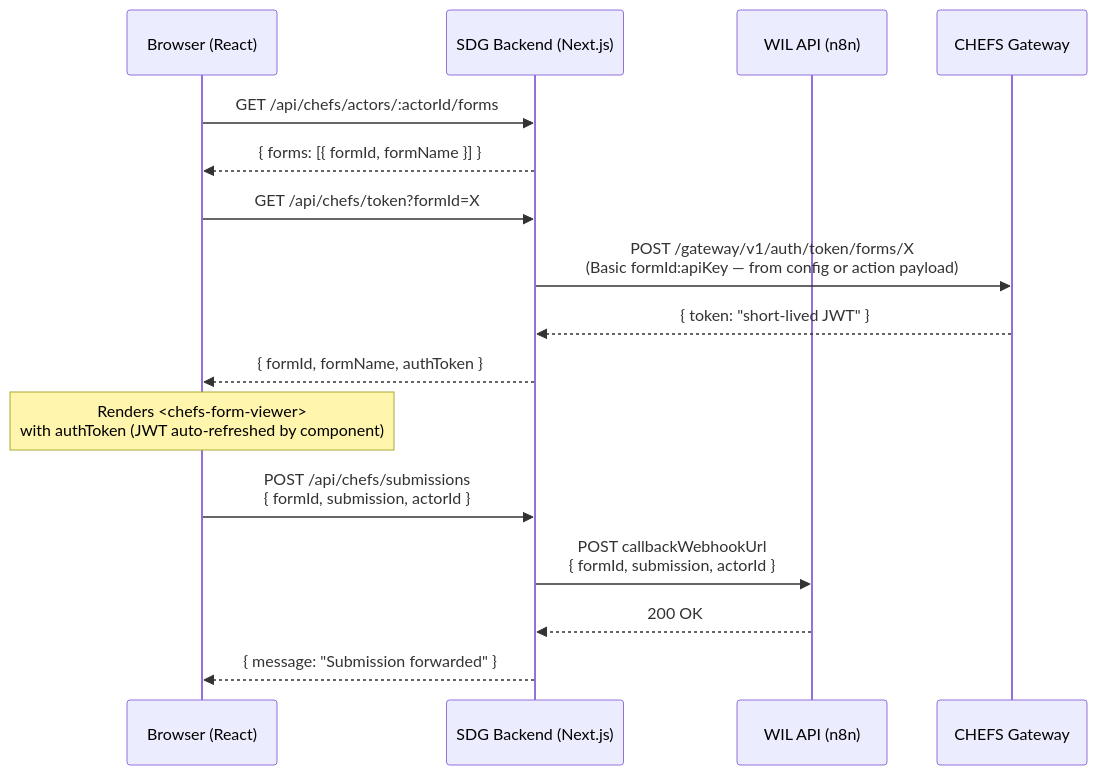
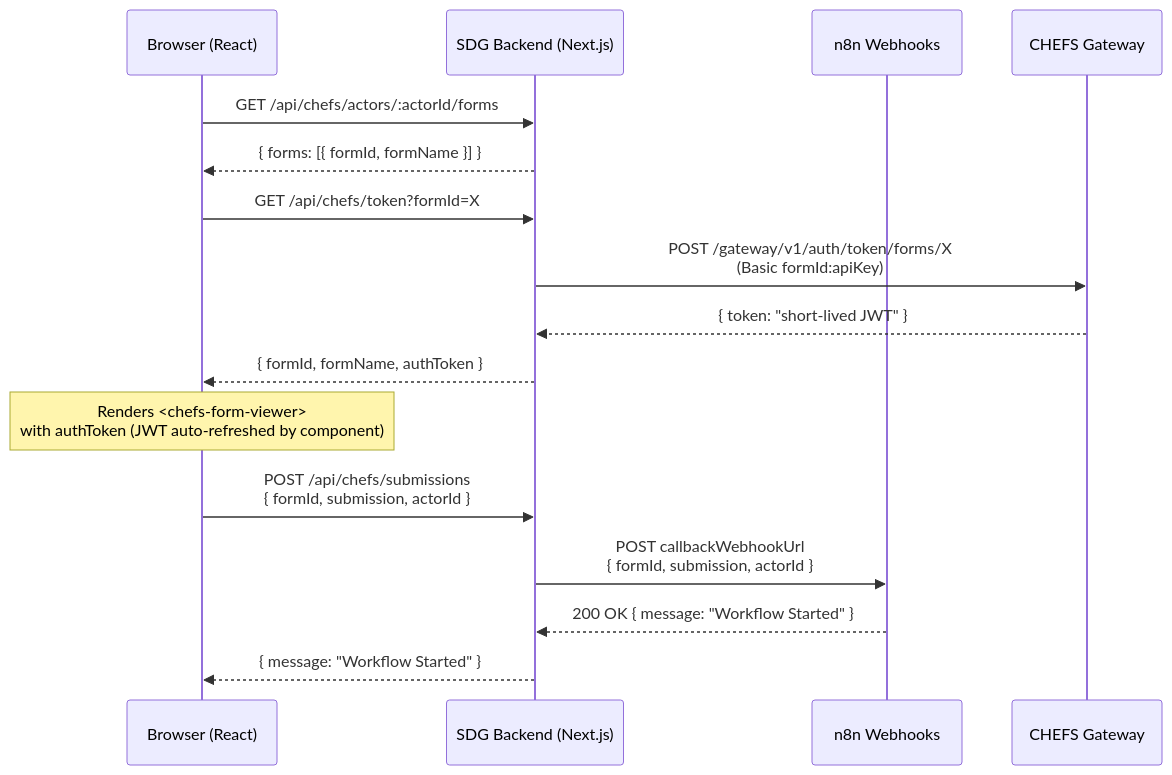
Before and after one commit to bcgov/common-hosted-workflow: the first of 3 diagrams in docker-compose/sdg-mock-app/README.md, drawn with Mermaid. The commit also changed other lines of this file and 63 other files, not shown here.

````diff
--- a/docker-compose/sdg-mock-app/README.md
+++ b/docker-compose/sdg-mock-app/README.md
@@ -7,22 +34,22 @@
 ```mermaid
 sequenceDiagram
     participant B as Browser (React)
     participant S as SDG Backend (Next.js)
-    participant W as WIL API (n8n)
+    participant W as n8n Webhooks
     participant C as CHEFS Gateway
 
     B->>S: GET /api/chefs/actors/:actorId/forms
     S-->>B: { forms: [{ formId, formName }] }
 
     B->>S: GET /api/chefs/token?formId=X
-    S->>C: POST /gateway/v1/auth/token/forms/X<br/>(Basic formId:apiKey — from config or action payload)
+    S->>C: POST /gateway/v1/auth/token/forms/X<br/>(Basic formId:apiKey)
     C-->>S: { token: "short-lived JWT" }
     S-->>B: { formId, formName, authToken }
 
     Note over B: Renders <chefs-form-viewer><br/>with authToken (JWT auto-refreshed by component)
 
     B->>S: POST /api/chefs/submissions<br/>{ formId, submission, actorId }
     S->>W: POST callbackWebhookUrl<br/>{ formId, submission, actorId }
-    W-->>S: 200 OK
-    S-->>B: { message: "Submission forwarded" }
+    W-->>S: 200 OK { message: "Workflow Started" }
+    S-->>B: { message: "Workflow Started" }
 ```
````
